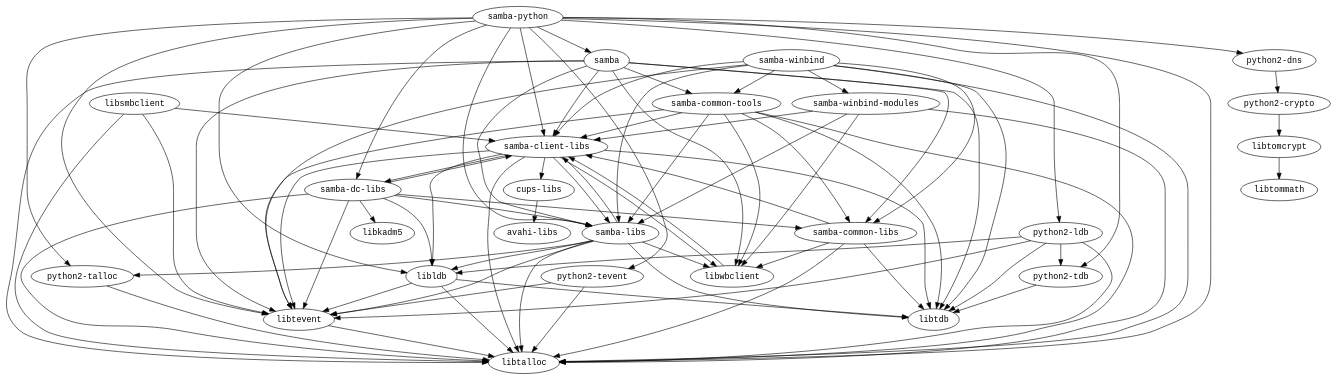
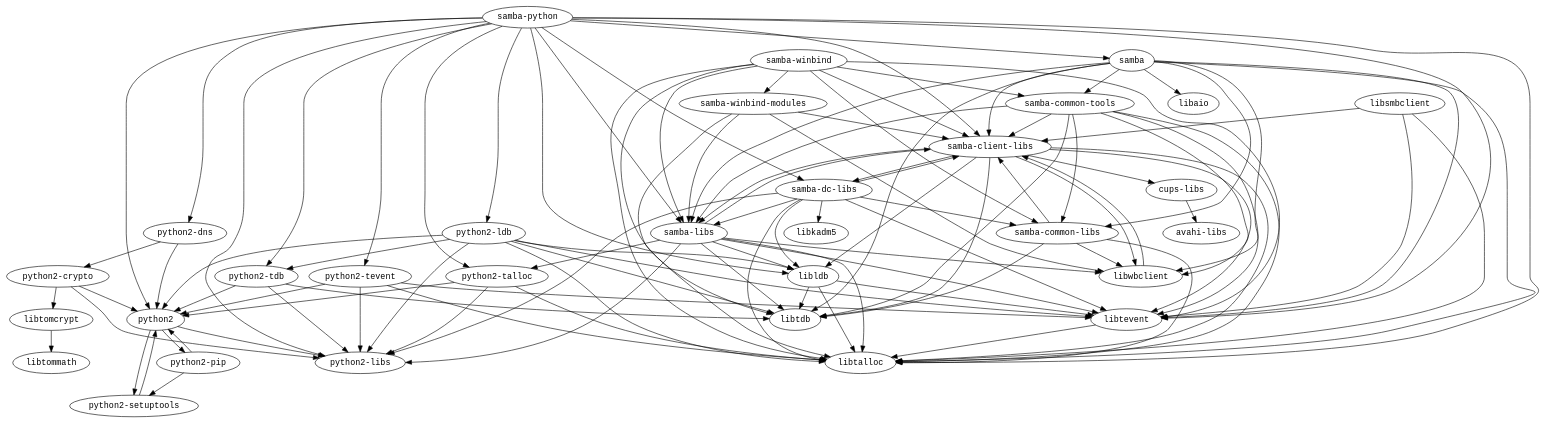
Before and after one commit to fedora-modularity/dependency-report: the diagram in modules/samba/s390x/graph.dot, drawn with Graphviz. The commit also changed 1721 other files, not shown here.

```diff
--- a/modules/samba/s390x/graph.dot
+++ b/modules/samba/s390x/graph.dot
@@ -1,89 +1,111 @@
 strict digraph G {
 node [fontname=monospace];
   "cups-libs" -> "avahi-libs";
   "libldb" -> "libtalloc";
   "libldb" -> "libtdb";
   "libldb" -> "libtevent";
   "libsmbclient" -> "libtalloc";
   "libsmbclient" -> "libtevent";
   "libsmbclient" -> "samba-client-libs";
   "libtevent" -> "libtalloc";
   "libtomcrypt" -> "libtommath";
   "libwbclient" -> "samba-client-libs";
   "python2-crypto" -> "libtomcrypt";
+  "python2-crypto" -> "python2";
+  "python2-crypto" -> "python2-libs";
+  "python2-dns" -> "python2";
   "python2-dns" -> "python2-crypto";
   "python2-ldb" -> "libldb";
   "python2-ldb" -> "libtalloc";
   "python2-ldb" -> "libtdb";
   "python2-ldb" -> "libtevent";
+  "python2-ldb" -> "python2";
+  "python2-ldb" -> "python2-libs";
   "python2-ldb" -> "python2-tdb";
+  "python2-pip" -> "python2";
+  "python2-pip" -> "python2-setuptools";
+  "python2" -> "python2-libs";
+  "python2" -> "python2-pip";
+  "python2" -> "python2-setuptools";
+  "python2-setuptools" -> "python2";
   "python2-talloc" -> "libtalloc";
+  "python2-talloc" -> "python2";
+  "python2-talloc" -> "python2-libs";
   "python2-tdb" -> "libtdb";
+  "python2-tdb" -> "python2";
+  "python2-tdb" -> "python2-libs";
   "python2-tevent" -> "libtalloc";
   "python2-tevent" -> "libtevent";
+  "python2-tevent" -> "python2";
+  "python2-tevent" -> "python2-libs";
   "samba-client-libs" -> "cups-libs";
   "samba-client-libs" -> "libldb";
   "samba-client-libs" -> "libtalloc";
   "samba-client-libs" -> "libtdb";
   "samba-client-libs" -> "libtevent";
   "samba-client-libs" -> "libwbclient";
   "samba-client-libs" -> "samba-dc-libs";
   "samba-client-libs" -> "samba-libs";
   "samba-common-libs" -> "libtalloc";
   "samba-common-libs" -> "libtdb";
   "samba-common-libs" -> "libwbclient";
   "samba-common-libs" -> "samba-client-libs";
   "samba-common-tools" -> "libtalloc";
   "samba-common-tools" -> "libtdb";
   "samba-common-tools" -> "libtevent";
   "samba-common-tools" -> "libwbclient";
   "samba-common-tools" -> "samba-client-libs";
   "samba-common-tools" -> "samba-common-libs";
   "samba-common-tools" -> "samba-libs";
   "samba-dc-libs" -> "libkadm5";
   "samba-dc-libs" -> "libldb";
   "samba-dc-libs" -> "libtalloc";
   "samba-dc-libs" -> "libtevent";
+  "samba-dc-libs" -> "python2-libs";
   "samba-dc-libs" -> "samba-client-libs";
   "samba-dc-libs" -> "samba-common-libs";
   "samba-dc-libs" -> "samba-libs";
+  "samba" -> "libaio";
   "samba-libs" -> "libldb";
   "samba-libs" -> "libtalloc";
   "samba-libs" -> "libtdb";
   "samba-libs" -> "libtevent";
   "samba-libs" -> "libwbclient";
+  "samba-libs" -> "python2-libs";
   "samba-libs" -> "python2-talloc";
   "samba-libs" -> "samba-client-libs";
   "samba" -> "libtalloc";
   "samba" -> "libtdb";
   "samba" -> "libtevent";
   "samba" -> "libwbclient";
   "samba-python" -> "libldb";
   "samba-python" -> "libtalloc";
   "samba-python" -> "libtevent";
+  "samba-python" -> "python2";
   "samba-python" -> "python2-dns";
   "samba-python" -> "python2-ldb";
+  "samba-python" -> "python2-libs";
   "samba-python" -> "python2-talloc";
   "samba-python" -> "python2-tdb";
   "samba-python" -> "python2-tevent";
   "samba-python" -> "samba";
   "samba-python" -> "samba-client-libs";
   "samba-python" -> "samba-dc-libs";
   "samba-python" -> "samba-libs";
   "samba" -> "samba-client-libs";
   "samba" -> "samba-common-libs";
   "samba" -> "samba-common-tools";
   "samba" -> "samba-libs";
   "samba-winbind" -> "libtalloc";
   "samba-winbind" -> "libtdb";
   "samba-winbind" -> "libtevent";
   "samba-winbind-modules" -> "libtalloc";
   "samba-winbind-modules" -> "libwbclient";
   "samba-winbind-modules" -> "samba-client-libs";
   "samba-winbind-modules" -> "samba-libs";
   "samba-winbind" -> "samba-client-libs";
   "samba-winbind" -> "samba-common-libs";
   "samba-winbind" -> "samba-common-tools";
   "samba-winbind" -> "samba-libs";
   "samba-winbind" -> "samba-winbind-modules";
 }
```
